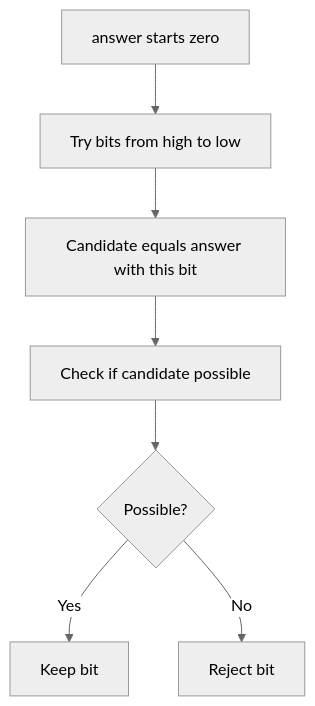
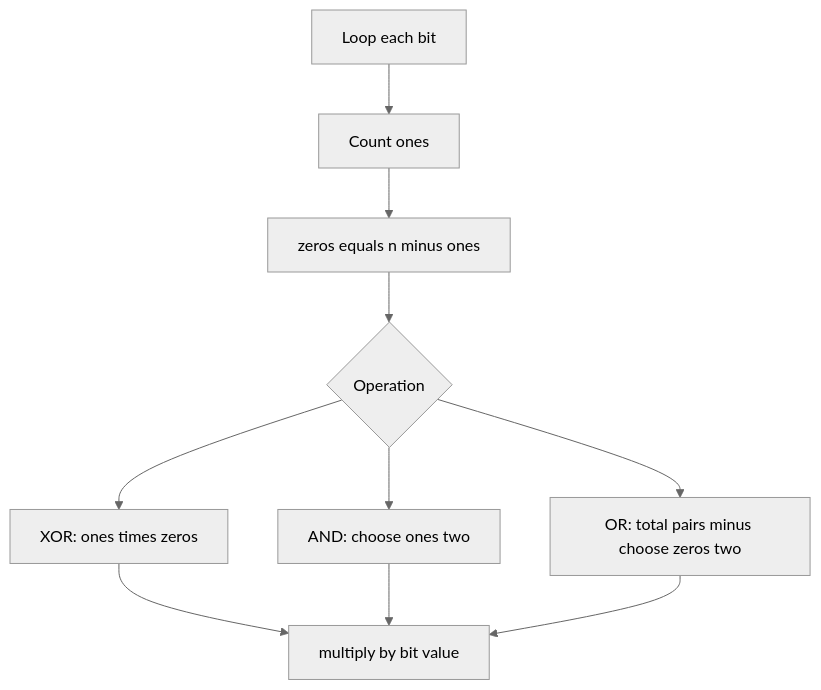
One commit to mthaiseer/springcloud-systemdesign-notes changed diagram 15 of 22 in CP_DSA_NOTES/CONCEPT_FRAMEWORK_FORMS_TATICS/bitwise_playbook.md. Above: the diagram before and after it, drawn with Mermaid (neutral theme). The commit also changed other lines of this file, not shown here.

````diff
--- a/CP_DSA_NOTES/CONCEPT_FRAMEWORK_FORMS_TATICS/bitwise_playbook.md
+++ b/CP_DSA_NOTES/CONCEPT_FRAMEWORK_FORMS_TATICS/bitwise_playbook.md
@@ -484,9 +621,12 @@
 ```mermaid
 flowchart TD
-    A["answer starts zero"] --> B["Try bits from high to low"]
-    B --> C["Candidate equals answer with this bit"]
-    C --> D["Check if candidate possible"]
-    D --> E{"Possible?"}
-    E -->|"Yes"| F["Keep bit"]
-    E -->|"No"| G["Reject bit"]
+    A["Loop each bit"] --> B["Count ones"]
+    B --> C["zeros equals n minus ones"]
+    C --> D{"Operation"}
+    D --> E["XOR: ones times zeros"]
+    D --> F["AND: choose ones two"]
+    D --> G["OR: total pairs minus choose zeros two"]
+    E --> H["multiply by bit value"]
+    F --> H
+    G --> H
 ```
````
